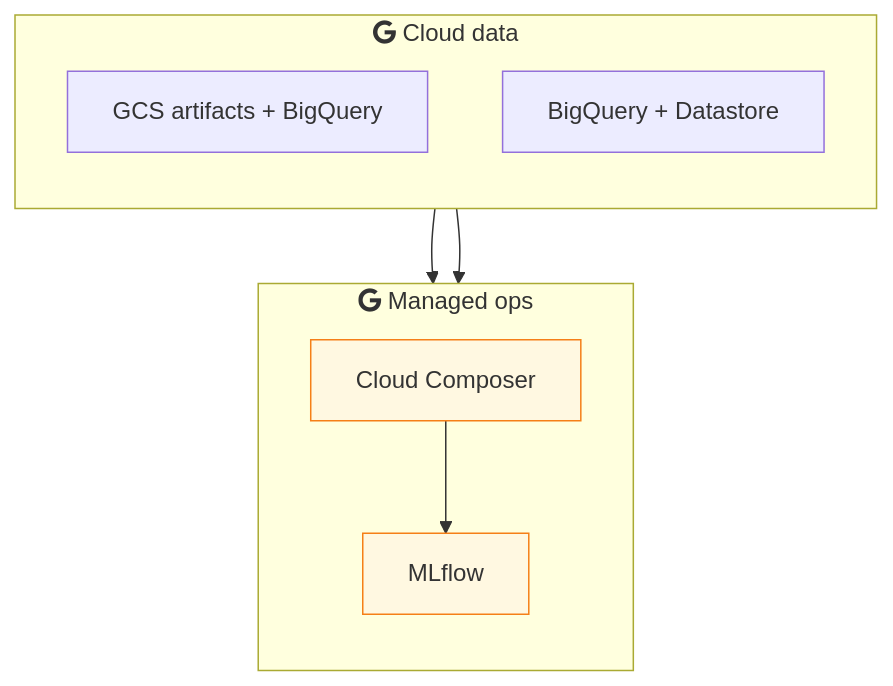
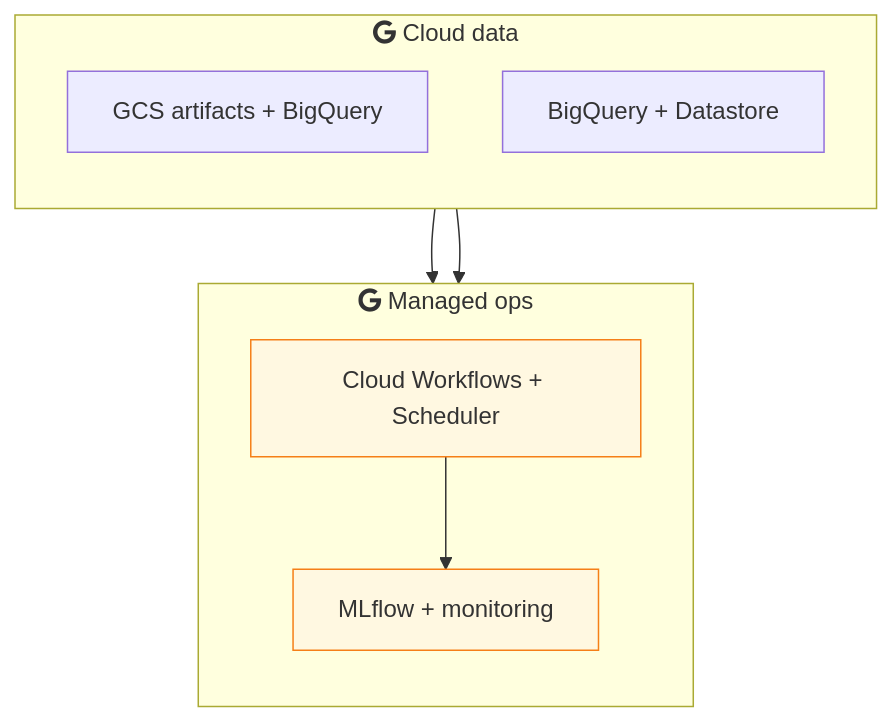
The fifth of 6 diagrams in docs/site/system/architecture.md (javihslu/foehncast), drawn with Mermaid before and after one commit. The commit also changed other lines of this file and 16 other files, not shown here.

```diff
--- a/docs/site/system/architecture.md
+++ b/docs/site/system/architecture.md
@@ -243,21 +243,21 @@
 <div class="mermaid">
 flowchart TD
     classDef data fill:#ececff,stroke:#9370db
     classDef operator fill:#fff8e1,stroke:#f57f17
 
     subgraph DataPlane ["fab:fa-google Cloud data"]
         direction TB
         OPSDATA["GCS artifacts + BigQuery"]:::data
         APPDATA["BigQuery + Datastore"]:::data
     end
 
     subgraph ManagedOps ["fab:fa-google Managed ops"]
         direction TB
-        CMP["Cloud Composer"]:::operator
-        MLF["MLflow"]:::operator
-        CMP --> MLF
+        WF["Cloud Workflows + Scheduler"]:::operator
+        MLF["MLflow + monitoring"]:::operator
+        WF --> MLF
     end
 
-    OPSDATA --> CMP
-    APPDATA --> CMP
+    OPSDATA --> MLF
+    APPDATA --> WF
 </div>
```
